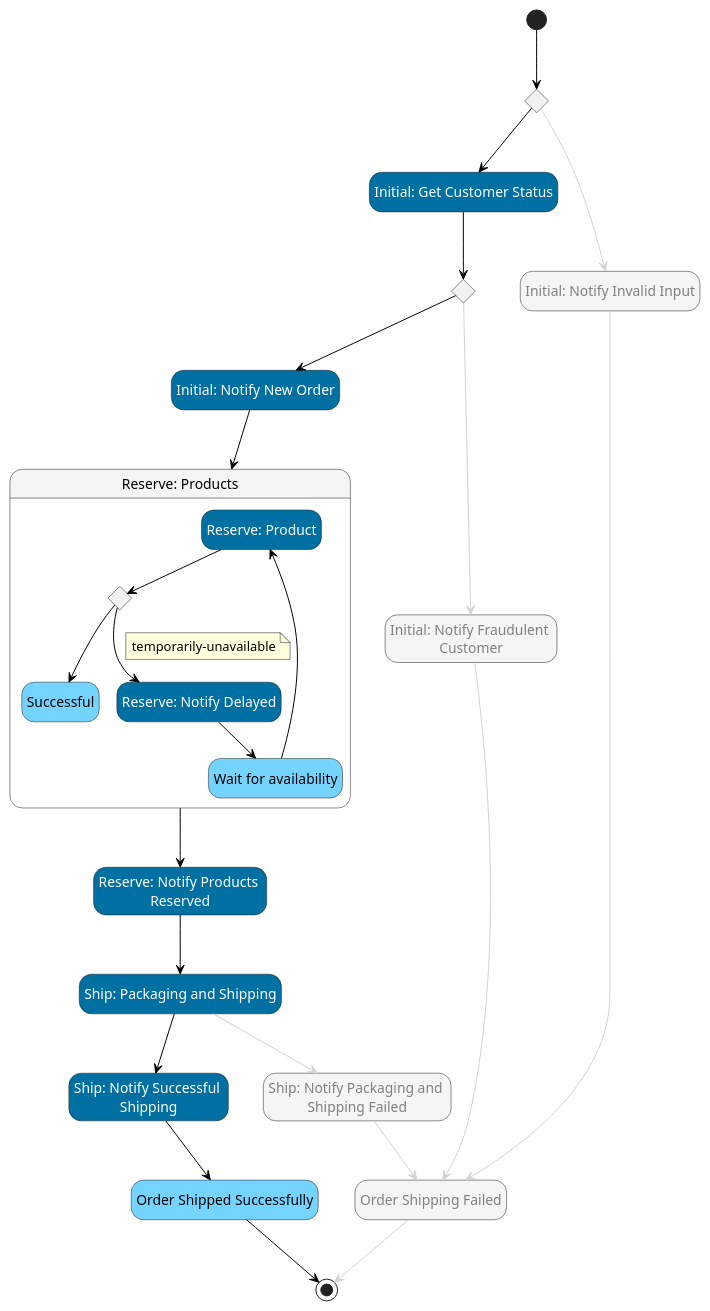
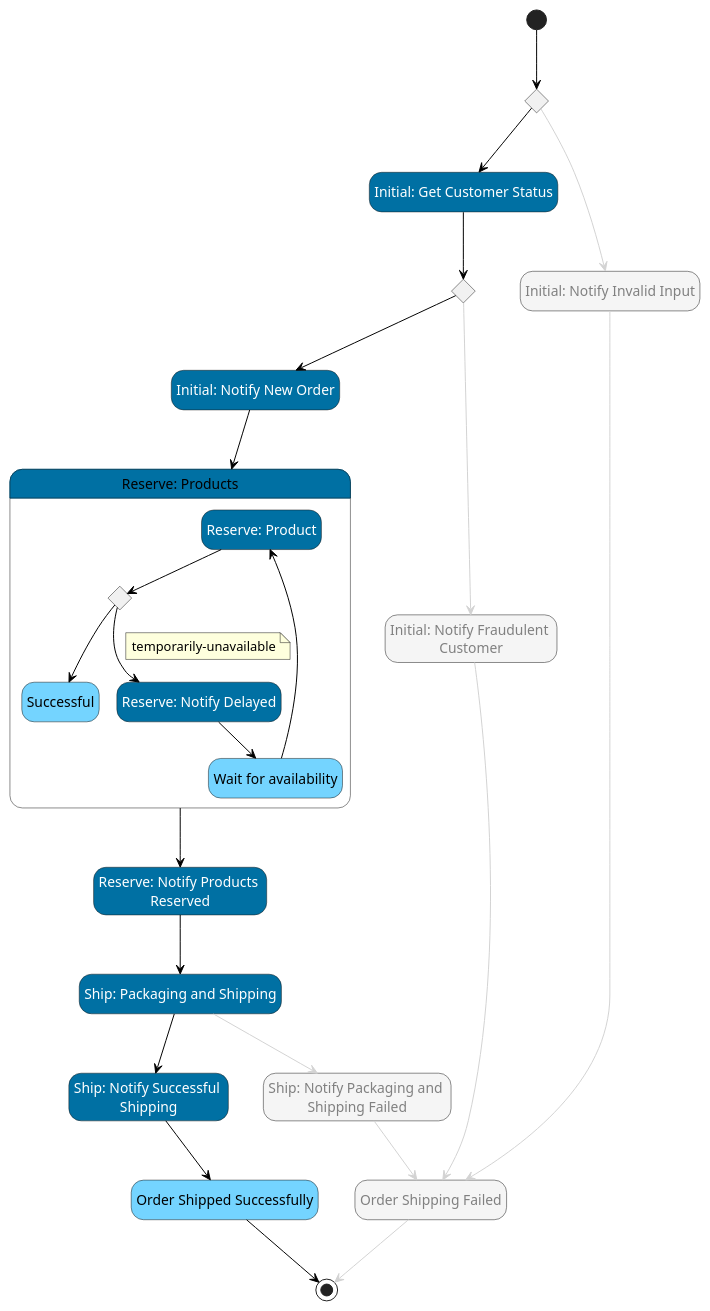
The diagram in src/__tests__/pumls/aws-example-ship-order.asl.puml (massfords/asl-puml), drawn with PlantUML before and after one commit. The commit also changed 3 other files, not shown here.

```diff
--- a/src/__tests__/pumls/aws-example-ship-order.asl.puml
+++ b/src/__tests__/pumls/aws-example-ship-order.asl.puml
@@ -1,94 +1,94 @@
 @startuml
 hide empty description
 skinparam ArrowColor #black
 skinparam state {
 
     BackgroundColor<<Choice>> #whitesmoke
     FontColor<<Choice>> automatic
 
     BackgroundColor<<aslFail>> #red
     FontColor<<aslFail>> automatic
 
     BackgroundColor<<aslMap>> #whitesmoke
 
     BackgroundColor<<aslSucceed>> #green
     FontColor<<aslSucceed>> automatic
 
     BackgroundColor<<aslTask>> #lightblue
     FontColor<<aslTask>> automatic
 
     BackgroundColor<<aslWait>> #whitesmoke
     FontColor<<aslWait>> automatic
     BackgroundColor<<Compensate>> #orange
     FontColor<<CustomStyle0>> automatic
     BackgroundColor<<CustomStyle0>> #0070a3
     FontColor<<CustomStyle1>> automatic
     BackgroundColor<<CustomStyle1>> #gray
     FontColor<<CustomStyle2>> automatic
     BackgroundColor<<CustomStyle2>> #0070a3
     FontColor<<CustomStyle3>> automatic
     BackgroundColor<<CustomStyle3>> #0070a3
     FontColor<<CustomStyle4>> automatic
     BackgroundColor<<CustomStyle4>> #0070a3
     FontColor<<CustomStyle5>> automatic
     BackgroundColor<<CustomStyle5>> #74d4ff
     FontColor<<CustomStyle6>> automatic
     BackgroundColor<<CustomStyle6>> #74d4ff
     FontColor<<CustomStyle7>> automatic
     BackgroundColor<<CustomStyle7>> #0070a3
     FontColor<<CustomStyle8>> automatic
     BackgroundColor<<CustomStyle8>> #0070a3
     FontColor<<CustomStyle9>> automatic
     BackgroundColor<<CustomStyle9>> #0070a3
     FontColor<<CustomStyle10>> automatic
     BackgroundColor<<CustomStyle10>> #0070a3
     FontColor<<CustomStyle11>> automatic
     BackgroundColor<<CustomStyle11>> #74d4ff
     FontColor<<CustomStyle12>> gray
     BackgroundColor<<CustomStyle12>> #whitesmoke
 }
 state "Initial: Validate Input" as state1<<Choice>>
 state "Initial: Get Customer Status" as state2<<CustomStyle0>>
 state "Do Fraud Check" as state3<<Choice>>
 state "Initial: Notify New Order" as state4<<CustomStyle2>>
-state "Reserve: Products" as state5<<aslMap>> {
+state "Reserve: Products" as state5<<CustomStyle3>> {
 state "Reserve: Product" as state14<<CustomStyle4>>
 state "Choice" as state15<<Choice>>
 state "Successful" as state16<<CustomStyle6>>
 state "Reserve: Notify Delayed" as state17<<CustomStyle7>>
 state "Wait for availability" as state18<<CustomStyle5>>
 }
 state "Reserve: Notify Products \nReserved" as state6<<CustomStyle8>>
 state "Ship: Packaging and Shipping" as state7<<CustomStyle9>>
 state "Ship: Notify Successful \nShipping" as state8<<CustomStyle10>>
 state "Ship: Notify Packaging and \nShipping Failed" as state9<<CustomStyle12>>
 state "Initial: Notify Fraudulent \nCustomer" as state10<<CustomStyle12>>
 state "Order Shipping Failed" as state11<<CustomStyle12>>
 state "Order Shipped Successfully" as state12<<CustomStyle11>>
 state "Initial: Notify Invalid Input" as state13<<CustomStyle12>>
 [*] --> state1
 state1 -[#lightgray]-> state13
 state1 --> state2
 state2 --> state3
 state3 -[#lightgray]-> state10
 state3 --> state4
 state4 --> state5
 state5 --> state6
 state6 --> state7
 state7 --> state8
 state7 -[#lightgray]-> state9
 state8 --> state12
 state9 -[#lightgray]-> state11
 state10 -[#lightgray]-> state11
 state11 -[#lightgray]-> [*]
 state12 --> [*]
 state13 -[#lightgray]-> state11
 state14 --> state15
 state15 --> state17
 note on link
 temporarily-unavailable
 end note
 state15 --> state16
 state17 --> state18
 state18 --> state14
 @enduml
```
